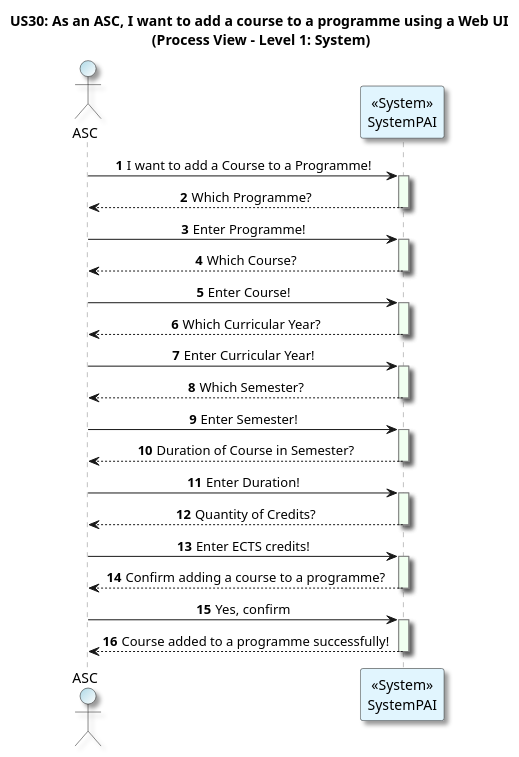
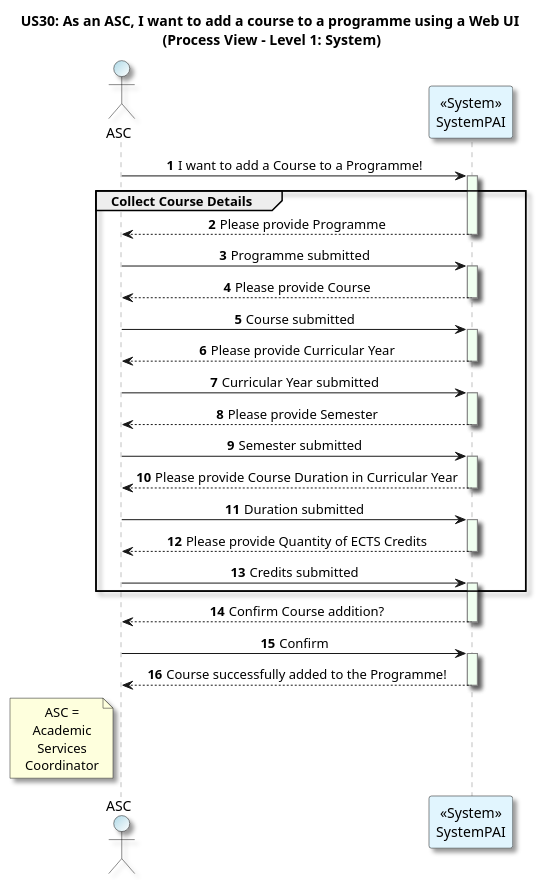
The diagram in docs/US30/Sprint_7/ProcessView/AddCourseToAProgramme_ProcessView_Level1.puml (GasparISEP/DevOps-PAI), drawn with PlantUML before and after one commit.

Commit message:
docs(addCourseToAProgramme): enhance and standardize user-system prompts and responses in Level 1 process view diagram for improved clarity and consistency (refs: #701, #705)

```diff
--- a/docs/US30/Sprint_7/ProcessView/AddCourseToAProgramme_ProcessView_Level1.puml
+++ b/docs/US30/Sprint_7/ProcessView/AddCourseToAProgramme_ProcessView_Level1.puml
@@ -1,67 +1,76 @@
 @startuml
 title US30: As an ASC, I want to add a course to a programme using a Web UI\n (Process View - Level 1: System)
 skinparam {
   ActivityPadding 2
   ActivityMargin 2
   BoxPadding 2
 }
 skinparam sequence {
     LifeLineBorderColor Grey
     LifeLineBackgroundColor HoneyDew
 }
 skinparam defaultTextAlignment center
 skinparam shadowing true
 
 autonumber
 
 actor ASC as admin #LightBlue/White
 participant "<<System>>\nSystemPAI" as System #E1F5FE
 
 admin -> System: I want to add a Course to a Programme!
 activate System
 
-System --> admin: Which Programme?
+group Collect Course Details
+System --> admin: Please provide Programme
 deactivate System #teal
 
-admin -> System: Enter Programme!
+admin -> System: Programme submitted
 activate System
 
-System --> admin: Which Course?
+System --> admin: Please provide Course
 deactivate System
 
-admin -> System: Enter Course!
+admin -> System: Course submitted
 activate System
 
-System --> admin: Which Curricular Year?
+System --> admin: Please provide Curricular Year
 deactivate System
 
-admin -> System: Enter Curricular Year!
+admin -> System: Curricular Year submitted
 activate System
 
-System --> admin: Which Semester?
+System --> admin: Please provide Semester
 deactivate System
 
-admin -> System: Enter Semester!
+admin -> System: Semester submitted
 activate System
 
-System --> admin: Duration of Course in Semester?
+System --> admin: Please provide Course Duration in Curricular Year
 deactivate System
 
-admin -> System: Enter Duration!
+admin -> System: Duration submitted
 activate System
 
-System --> admin: Quantity of Credits?
+System --> admin: Please provide Quantity of ECTS Credits
 deactivate System
 
-admin -> System: Enter ECTS credits!
+admin -> System: Credits submitted
+activate System
+end
+
+System --> admin: Confirm Course addition?
+deactivate System
+
+admin -> System: Confirm
 activate System
 
-System --> admin: Confirm adding a course to a programme?
+System --> admin: Course successfully added to the Programme!
 deactivate System
 
-admin -> System: Yes, confirm
-activate System
-
-System --> admin: Course added to a programme successfully!
-deactivate System
+note left admin
+ASC =
+Academic
+Services
+Coordinator
+end note
 @enduml
```
